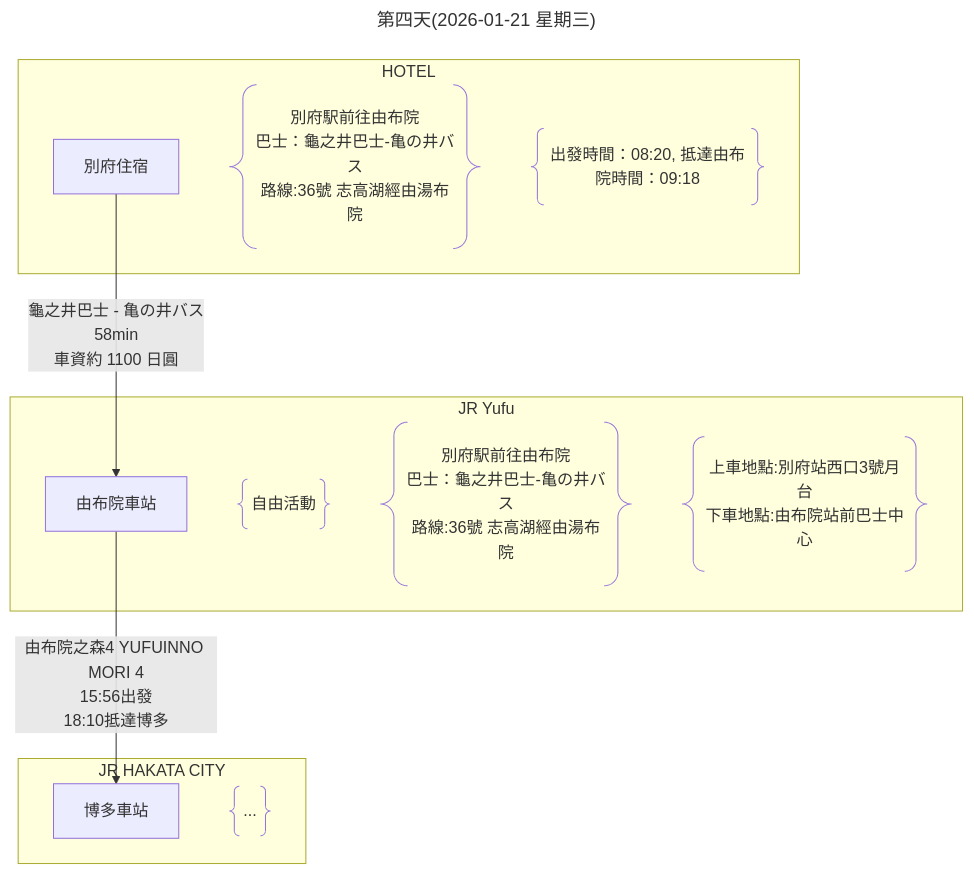
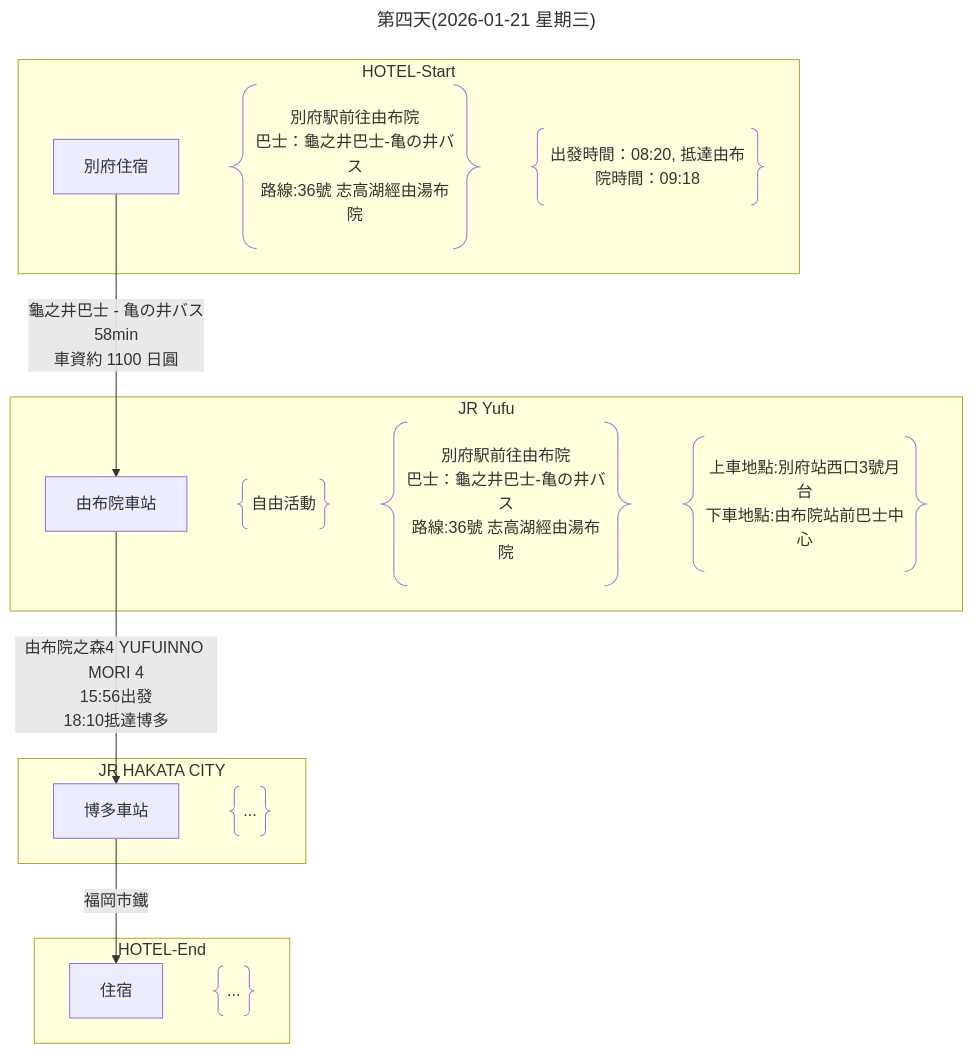
The fourth of 4 diagrams in 行程規劃A.md (Shuming-Yang/2026-January-Trip), drawn with Mermaid before and after one commit.

````diff
--- a/行程規劃A.md
+++ b/行程規劃A.md
@@ -174,24 +174,29 @@
 ```mermaid
 ---
 title: 第四天(2026-01-21 星期三)
 ---
 flowchart
-    subgraph HOTEL
+    subgraph HOTEL-Start
         A[別府住宿]
         A1@{ shape: braces, label: "別府駅前往由布院<br>巴士：龜之井巴士-亀の井バス<br>路線:36號 志高湖經由湯布院"}
         A2@{ shape: braces, label: "上車地點:別府站西口3號月台<br>下車地點:由布院站前巴士中心"}
         A2@{ shape: braces, label: "出發時間：08:20, 抵達由布院時間：09:18"}
     end
     subgraph JR Yufu
         B[由布院車站]
         B1@{ shape: braces, label: "自由活動"}
         B2@{ shape: braces, label: "別府駅前往由布院<br>巴士：龜之井巴士-亀の井バス<br>路線:36號 志高湖經由湯布院"}
         B3@{ shape: braces, label: "上車地點:別府站西口3號月台<br>下車地點:由布院站前巴士中心"}
     end
     subgraph JR HAKATA CITY
         C[博多車站]
         C1@{ shape: braces, label: "..." }
     end
+    subgraph HOTEL-End
+        D[住宿]
+        D1@{ shape: braces, label: "..." }
+    end
     A --> |龜之井巴士 - 亀の井バス<br>58min<br>車資約 1100 日圓| B
     B --> |由布院之森4 YUFUINNO MORI 4<br>15:56出發<br>18:10抵達博多| C
+    C --> |福岡市鐵| D
 ```
````
